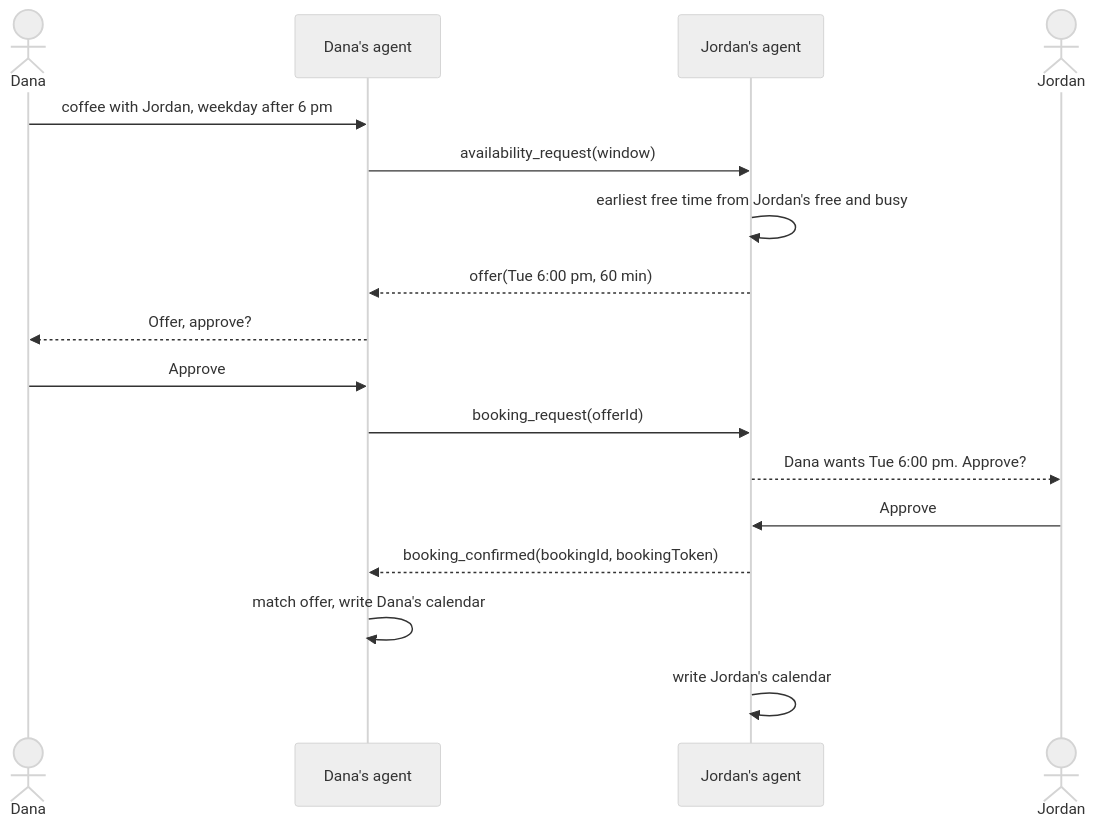
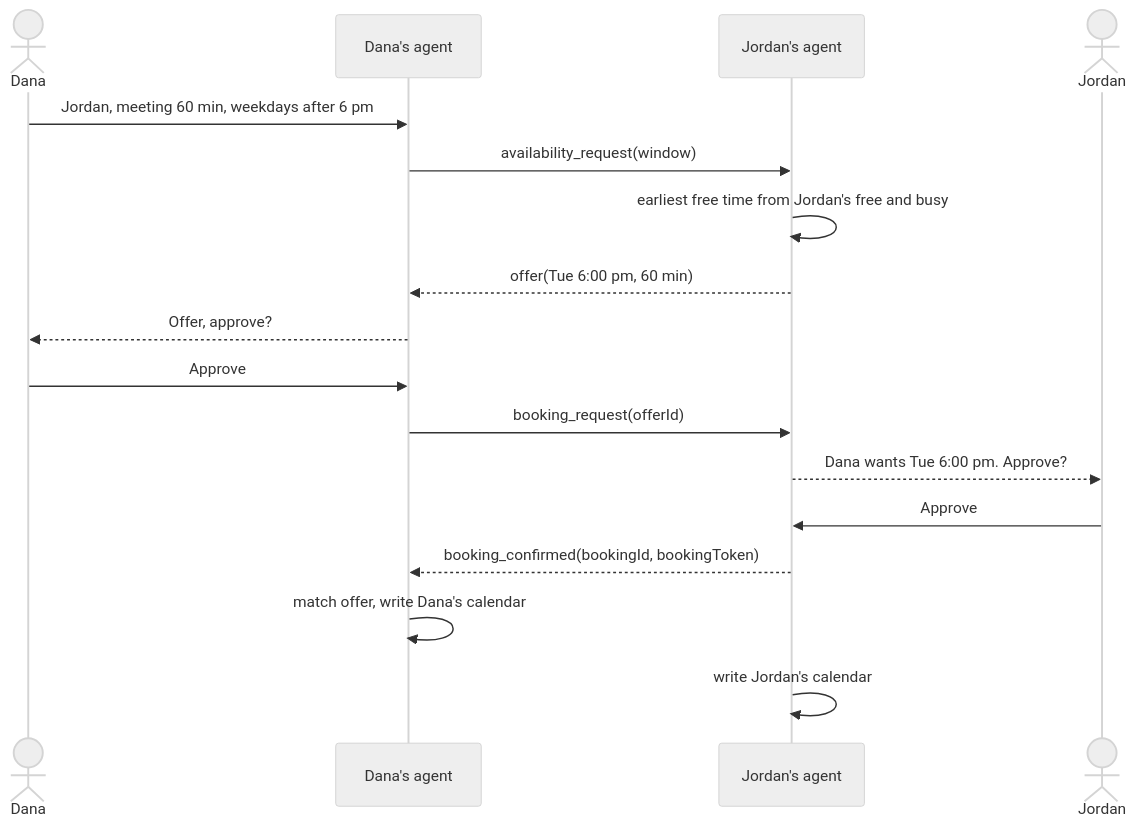
The fifth of 5 diagrams in docs/sad/06-use-cases.md (Jannisar01/hitchpost), drawn with Mermaid (neutral theme) before and after one commit. The commit also changed other lines of this file and 39 other files, not shown here.

````diff
--- a/docs/sad/06-use-cases.md
+++ b/docs/sad/06-use-cases.md
@@ -413,20 +413,20 @@
 ```mermaid
 sequenceDiagram
     actor Dana
     participant DA as Dana's agent
     participant JA as Jordan's agent
     actor Jordan
 
-    Dana->>DA: coffee with Jordan, weekday after 6 pm
+    Dana->>DA: Jordan, meeting 60 min, weekdays after 6 pm
     DA->>JA: availability_request(window)
     JA->>JA: earliest free time from Jordan's free and busy
     JA-->>DA: offer(Tue 6:00 pm, 60 min)
     DA-->>Dana: Offer, approve?
     Dana->>DA: Approve
     DA->>JA: booking_request(offerId)
     JA-->>Jordan: Dana wants Tue 6:00 pm. Approve?
     Jordan->>JA: Approve
     JA-->>DA: booking_confirmed(bookingId, bookingToken)
     DA->>DA: match offer, write Dana's calendar
     JA->>JA: write Jordan's calendar
 ```
````
